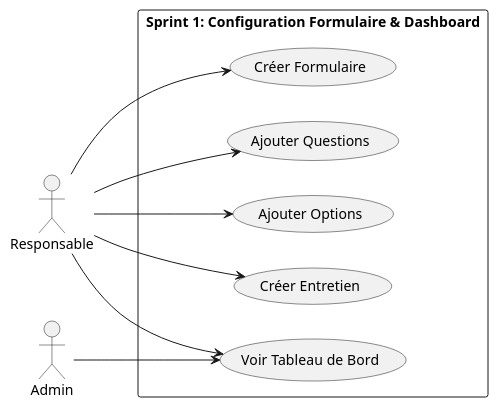
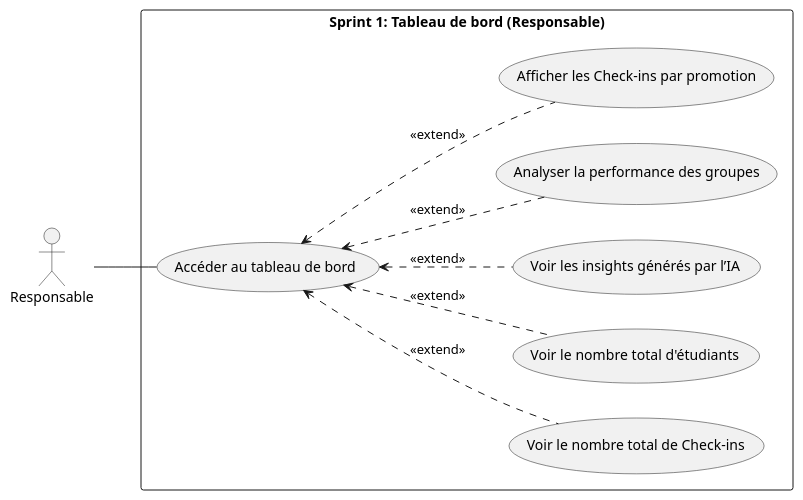
The diagram in Branche Fonctionnelle/Analyse/UseCaseSprint1.puml (bardichoussama/FileRouge), drawn with PlantUML before and after one commit. The commit also changed 348 other files, not shown here.

```diff
--- a/Branche Fonctionnelle/Analyse/UseCaseSprint1.puml
+++ b/Branche Fonctionnelle/Analyse/UseCaseSprint1.puml
@@ -1,23 +1,22 @@
 @startuml
 left to right direction
 
-actor Responsable
-actor Admin
+actor "Responsable" as Resp
 
-rectangle "Sprint 1: Configuration Formulaire & Dashboard" {
-  usecase "Créer Formulaire" as UC1
-  usecase "Ajouter Questions" as UC2
-  usecase "Ajouter Options" as UC3
-  usecase "Créer Entretien" as UC4
-  usecase "Voir Tableau de Bord" as UC5
+rectangle "Sprint 1: Tableau de bord (Responsable)" {
+    usecase UC1 as "Accéder au tableau de bord"
+    usecase UC2 as "Voir le nombre total de Check-ins"
+    usecase UC3 as "Voir le nombre total d'étudiants"
+    usecase UC4 as "Voir les insights générés par l’IA"
+    usecase UC5 as "Analyser la performance des groupes"
+    usecase UC6 as "Afficher les Check-ins par promotion"
+
+    UC1 <.. UC2 : <<extend>>
+    UC1 <.. UC3 : <<extend>>
+    UC1 <.. UC4 : <<extend>>
+    UC1 <.. UC5 : <<extend>>
+    UC1 <.. UC6 : <<extend>>
 }
 
-Responsable --> UC1
-Responsable --> UC2
-Responsable --> UC3
-Responsable --> UC4
-Responsable --> UC5
-
-Admin --> UC5
-
+Resp -- UC1
 @enduml
```
